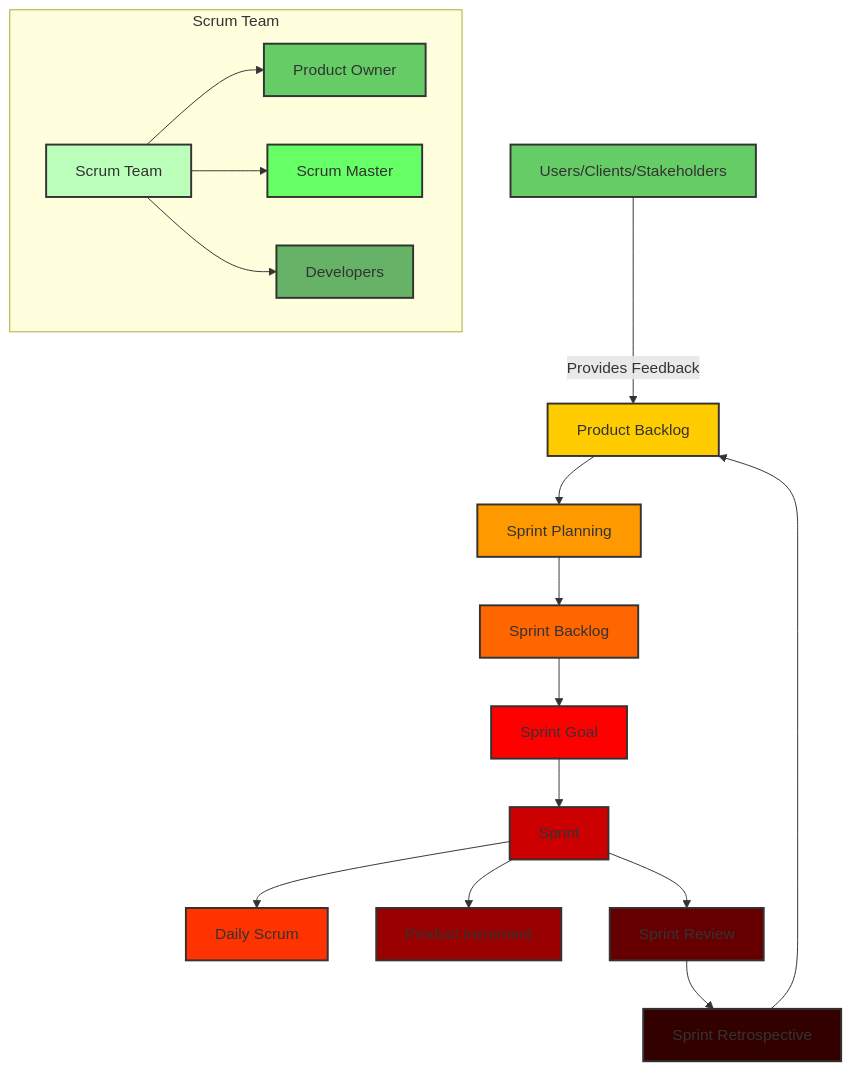
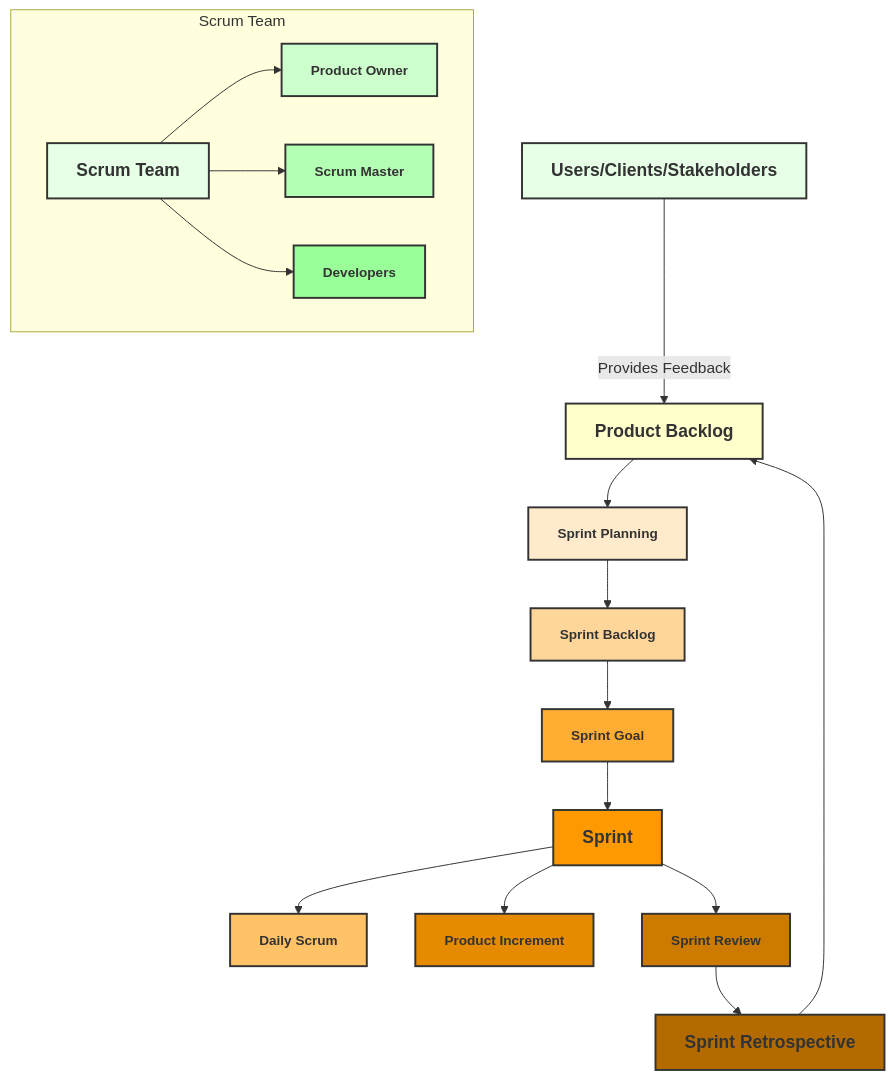
One commit to Hisqkq/Hisqkq.github.io changed the second of 2 diagrams in _posts/2023-06-01-SE.md. Above: the diagram before and after it, drawn with Mermaid.

````diff
--- a/_posts/2023-06-01-SE.md
+++ b/_posts/2023-06-01-SE.md
@@ -140,50 +140,50 @@
 ```mermaid
 graph TD
-    A[Product Backlog]
-    B[Sprint Planning]
-    C[Sprint Backlog]
-    D[Daily Scrum]
-    E[Sprint Goal]
-    F[Sprint]
-    G[Product Increment]
-    H[Sprint Review]
-    I[Sprint Retrospective]
-    J[Scrum Team]
-    K[Product Owner]
-    L[Scrum Master]
-    M[Developers]
-    N[Users/Clients/Stakeholders]
+    A["<b style='font-size:18px'>Product Backlog</b>"]
+    B["<b style='font-size:14px'>Sprint Planning</b>"]
+    C["<b style='font-size:14px'>Sprint Backlog</b>"]
+    D["<b style='font-size:14px'>Daily Scrum</b>"]
+    E["<b style='font-size:14px'>Sprint Goal</b>"]
+    F["<b style='font-size:18px'>Sprint</b>"]
+    G["<b style='font-size:14px'>Product Increment</b>"]
+    H["<b style='font-size:14px'>Sprint Review</b>"]
+    I["<b style='font-size:18px'>Sprint Retrospective</b>"]
+    J["<b style='font-size:18px'>Scrum Team</b>"]
+    K["<b style='font-size:14px'>Product Owner</b>"]
+    L["<b style='font-size:14px'>Scrum Master</b>"]
+    M["<b style='font-size:14px'>Developers</b>"]
+    N["<b style='font-size:18px'>Users/Clients/Stakeholders</b>"]
 
     N -->|Provides Feedback| A
     A --> B
     B --> C
     C --> E
     E --> F
     F --> D
     F --> G
     F --> H
     H --> I
     I --> A
 
     subgraph Scrum Team
         J
         J --> K
         J --> L
         J --> M
     end
 
-    style A fill:#ffcc00,stroke:#333,stroke-width:2px
-    style B fill:#ff9900,stroke:#333,stroke-width:2px
-    style C fill:#ff6600,stroke:#333,stroke-width:2px
-    style D fill:#ff3300,stroke:#333,stroke-width:2px
-    style E fill:#ff0000,stroke:#333,stroke-width:2px
-    style F fill:#cc0000,stroke:#333,stroke-width:2px
-    style G fill:#990000,stroke:#333,stroke-width:2px
-    style H fill:#660000,stroke:#333,stroke-width:2px
-    style I fill:#330000,stroke:#333,stroke-width:2px
-    style J fill:#bfb,stroke:#333,stroke-width:2px
-    style K fill:#66cc66,stroke:#333,stroke-width:2px
-    style L fill:#66ff66,stroke:#333,stroke-width:2px
-    style M fill:#66b266,stroke:#333,stroke-width:2px
-    style N fill:#66cc66,stroke:#333,stroke-width:2px
+    style A fill:#ffffcc,stroke:#333,stroke-width:2px
+    style B fill:#ffebcc,stroke:#333,stroke-width:2px
+    style C fill:#ffd699,stroke:#333,stroke-width:2px
+    style D fill:#ffc266,stroke:#333,stroke-width:2px
+    style E fill:#ffad33,stroke:#333,stroke-width:2px
+    style F fill:#ff9900,stroke:#333,stroke-width:2px
+    style G fill:#e68a00,stroke:#333,stroke-width:2px
+    style H fill:#cc7a00,stroke:#333,stroke-width:2px
+    style I fill:#b36b00,stroke:#333,stroke-width:2px
+    style J fill:#e6ffe6,stroke:#333,stroke-width:2px
+    style K fill:#ccffcc,stroke:#333,stroke-width:2px
+    style L fill:#b3ffb3,stroke:#333,stroke-width:2px
+    style M fill:#99ff99,stroke:#333,stroke-width:2px
+    style N fill:#e6ffe6,stroke:#333,stroke-width:2px
 ```
````
